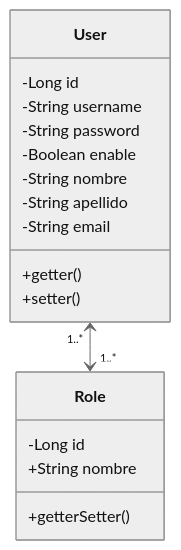
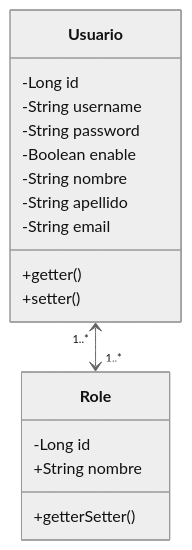
The diagram in 01_SpringBoot/05_UsuarioRol.md (crodrigr/spring-boot-angular-confenalco), drawn with Mermaid (neutral theme) before and after one commit.

````diff
--- a/01_SpringBoot/05_UsuarioRol.md
+++ b/01_SpringBoot/05_UsuarioRol.md
@@ -7,19 +7,19 @@
 ```mermaid
 classDiagram
-    User "1..*" <--> "1..*" Role
-    User : -Long id
-    User : -String username
-    User : -String password
-    User : -Boolean enable
-    User : -String nombre
-    User : -String apellido
-    User : -String email
-    User: +getter()
-    User: +setter()
+    Usuario "1..*" <--> "1..*" Role
+    Usuario : -Long id
+    Usuario : -String username
+    Usuario : -String password
+    Usuario : -Boolean enable
+    Usuario : -String nombre
+    Usuario : -String apellido
+    Usuario : -String email
+    Usuario: +getter()
+    Usuario: +setter()
     class Role{
         -Long id
         +String nombre
         +getterSetter()        
     }
     
 ```
````
